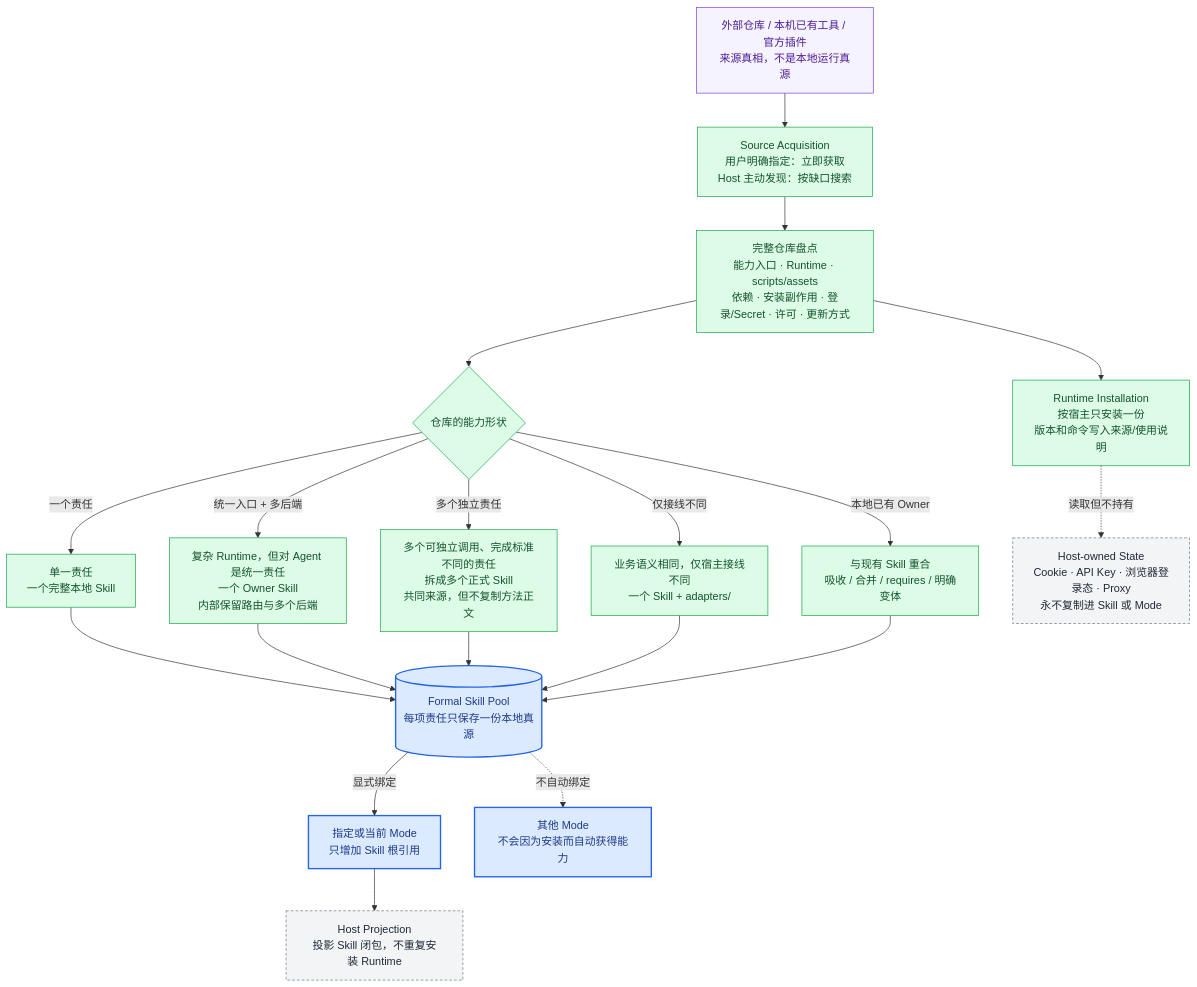
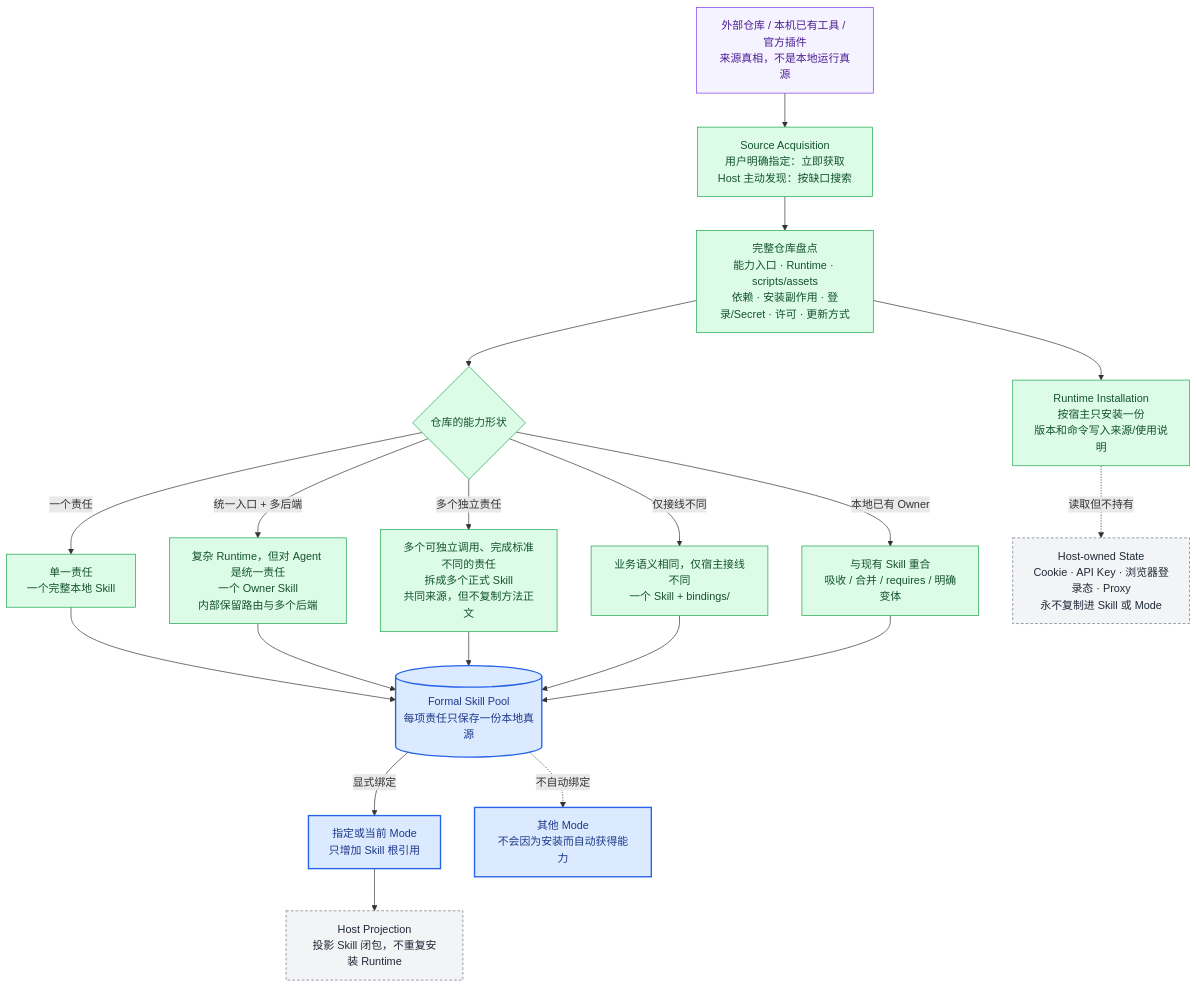
One commit to qihangzhang-272/asl-harness changed the eighth of 15 diagrams in docs/asl-architecture-views.md. Above: the diagram before and after it, drawn with Mermaid. The commit also changed other lines of this file and 11 other files, not shown here.

````diff
--- a/docs/asl-architecture-views.md
+++ b/docs/asl-architecture-views.md
@@ -556,46 +561,46 @@
 ```mermaid
 flowchart TB
     SOURCE["外部仓库 / 本机已有工具 / 官方插件<br/>来源真相，不是本地运行真源"]
     ACQUIRE["Source Acquisition<br/>用户明确指定：立即获取<br/>Host 主动发现：按缺口搜索"]
     INVENTORY["完整仓库盘点<br/>能力入口 · Runtime · scripts/assets<br/>依赖 · 安装副作用 · 登录/Secret · 许可 · 更新方式"]
     SHAPE{"仓库的能力形状"}
 
     ONE["单一责任<br/>一个完整本地 Skill"]
     UNIFIED["复杂 Runtime，但对 Agent 是统一责任<br/>一个 Owner Skill<br/>内部保留路由与多个后端"]
     MULTI["多个可独立调用、完成标准不同的责任<br/>拆成多个正式 Skill<br/>共同来源，但不复制方法正文"]
-    ADAPTER["业务语义相同，仅宿主接线不同<br/>一个 Skill + adapters/"]
+    ADAPTER["业务语义相同，仅宿主接线不同<br/>一个 Skill + bindings/"]
     ABSORB["与现有 Skill 重合<br/>吸收 / 合并 / requires / 明确变体"]
 
     RUNTIME["Runtime Installation<br/>按宿主只安装一份<br/>版本和命令写入来源/使用说明"]
     SECRETS["Host-owned State<br/>Cookie · API Key · 浏览器登录态 · Proxy<br/>永不复制进 Skill 或 Mode"]
     POOL[("Formal Skill Pool<br/>每项责任只保存一份本地真源")]
     MODE["指定或当前 Mode<br/>只增加 Skill 根引用"]
     OTHER["其他 Mode<br/>不会因为安装而自动获得能力"]
     PROJECT["Host Projection<br/>投影 Skill 闭包，不重复安装 Runtime"]
 
     SOURCE --> ACQUIRE --> INVENTORY --> SHAPE
     SHAPE -->|一个责任| ONE
     SHAPE -->|统一入口 + 多后端| UNIFIED
     SHAPE -->|多个独立责任| MULTI
     SHAPE -->|仅接线不同| ADAPTER
     SHAPE -->|本地已有 Owner| ABSORB
     ONE --> POOL
     UNIFIED --> POOL
     MULTI --> POOL
     ADAPTER --> POOL
     ABSORB --> POOL
     INVENTORY --> RUNTIME
     RUNTIME -.读取但不持有.-> SECRETS
     POOL -->|显式绑定| MODE
     POOL -.不自动绑定.-> OTHER
     MODE --> PROJECT
 
     classDef locked fill:#dbeafe,stroke:#2563eb,color:#1e3a8a,stroke-width:2px;
     classDef done fill:#dcfce7,stroke:#16a34a,color:#14532d;
     classDef generated fill:#f3f4f6,stroke:#6b7280,color:#1f2937,stroke-dasharray:4 3;
     classDef source fill:#f5f3ff,stroke:#7c3aed,color:#4c1d95;
     class SOURCE source;
     class POOL,MODE,OTHER locked;
     class ACQUIRE,INVENTORY,SHAPE,ONE,UNIFIED,MULTI,ADAPTER,ABSORB,RUNTIME done;
     class SECRETS,PROJECT generated;
 ```
````
